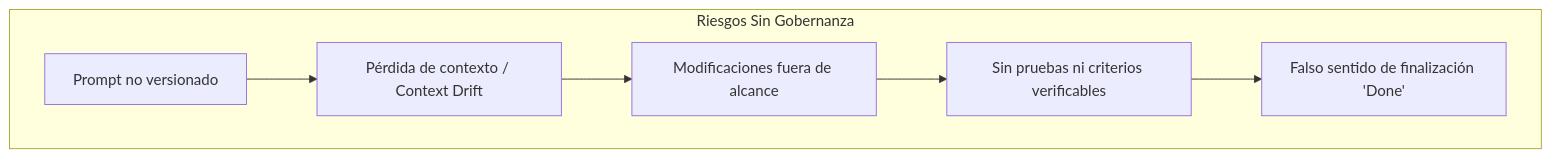
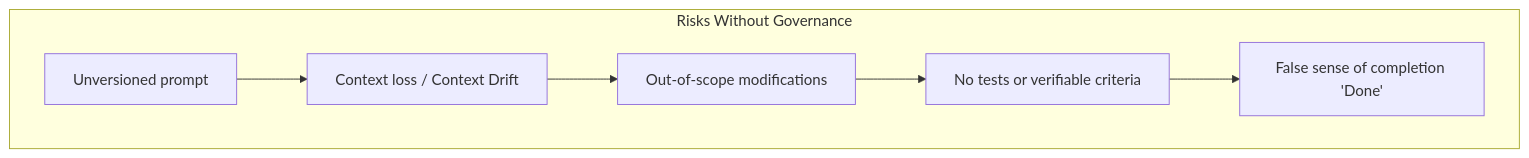
Before and after one commit to alyconr/Rapid-OS: the first of 2 diagrams in docs/concepts/why-rapid-os.md, drawn with Mermaid. The commit also changed other lines of this file and 81 other files, not shown here.

````diff
--- a/docs/concepts/why-rapid-os.md
+++ b/docs/concepts/why-rapid-os.md
@@ -18,9 +18,9 @@
 ```mermaid
 flowchart TD
-    subgraph Riesgos Sin Gobernanza
-        A[Prompt no versionado] --> B[Pérdida de contexto / Context Drift]
-        B --> C[Modificaciones fuera de alcance]
-        C --> D[Sin pruebas ni criterios verificables]
-        D --> E[Falso sentido de finalización 'Done']
+    subgraph Risks Without Governance
+        A[Unversioned prompt] --> B[Context loss / Context Drift]
+        B --> C[Out-of-scope modifications]
+        C --> D[No tests or verifiable criteria]
+        D --> E[False sense of completion 'Done']
     end
 ```
````
